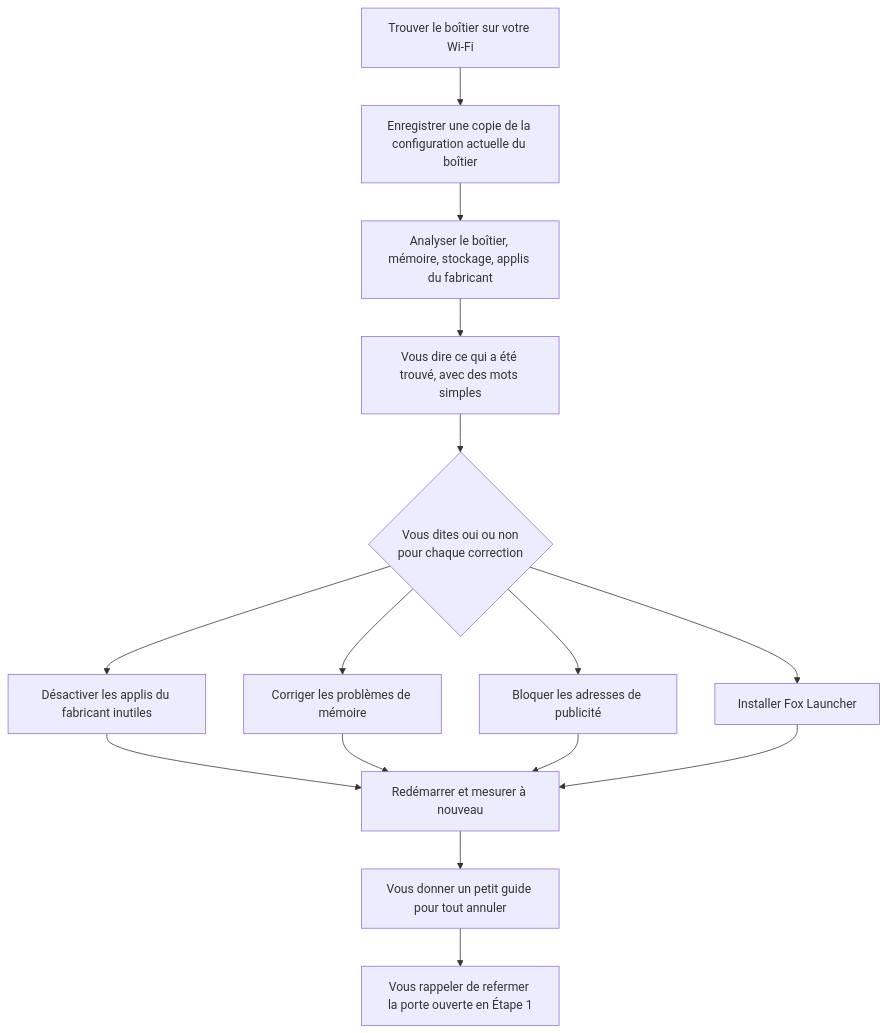
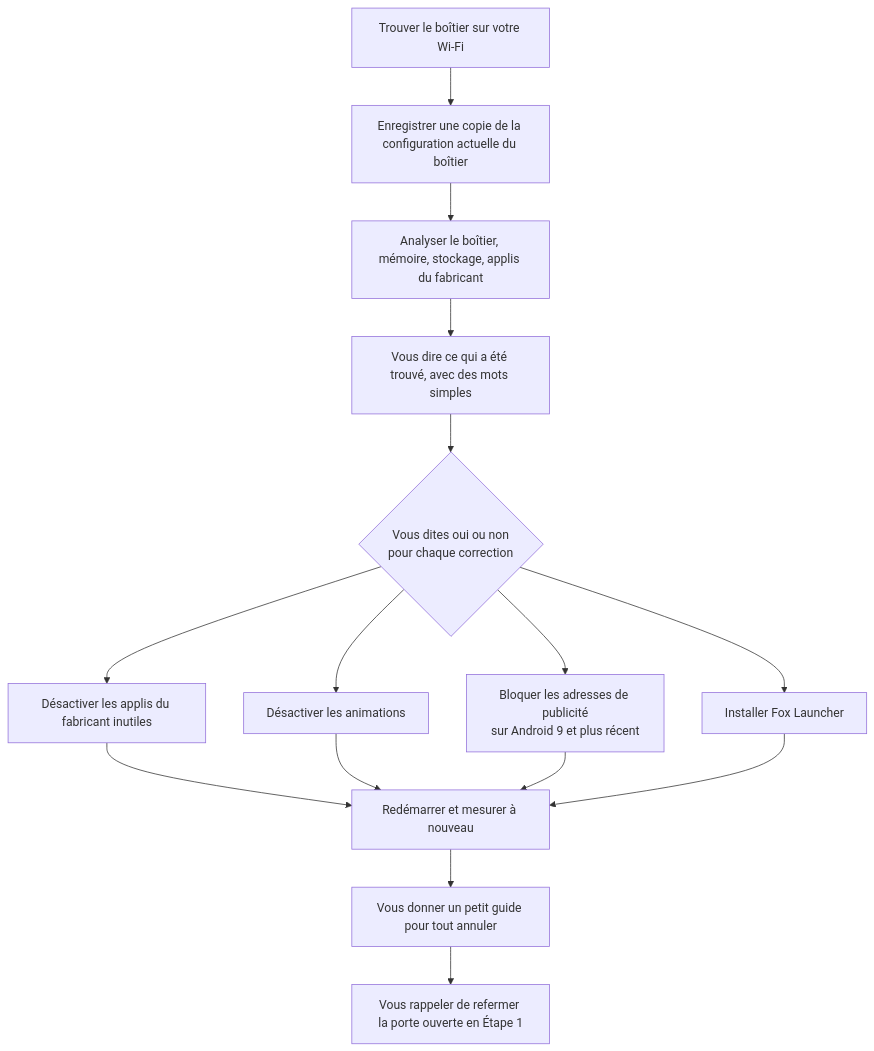
One commit to franco-valenzuela/fox-launcher-tvbox changed the diagram in docs/i18n/README.fr.md. Above: the diagram before and after it, drawn with Mermaid. The commit also changed other lines of this file and 19 other files, not shown here.

````diff
--- a/docs/i18n/README.fr.md
+++ b/docs/i18n/README.fr.md
@@ -82,17 +84,17 @@
 ```mermaid
 flowchart TD
     A[Trouver le boîtier sur votre Wi-Fi] --> B[Enregistrer une copie de la configuration actuelle du boîtier]
     B --> C[Analyser le boîtier, mémoire, stockage, applis du fabricant]
     C --> D[Vous dire ce qui a été trouvé, avec des mots simples]
     D --> E{Vous dites oui ou non<br/>pour chaque correction}
     E --> F[Désactiver les applis du fabricant inutiles]
-    E --> G[Corriger les problèmes de mémoire]
-    E --> H[Bloquer les adresses de publicité]
+    E --> G[Désactiver les animations]
+    E --> H[Bloquer les adresses de publicité<br/>sur Android 9 et plus récent]
     E --> I[Installer Fox Launcher]
     F --> J[Redémarrer et mesurer à nouveau]
     G --> J
     H --> J
     I --> J
     J --> K[Vous donner un petit guide pour tout annuler]
     K --> L[Vous rappeler de refermer la porte ouverte en Étape 1]
 ```
````
